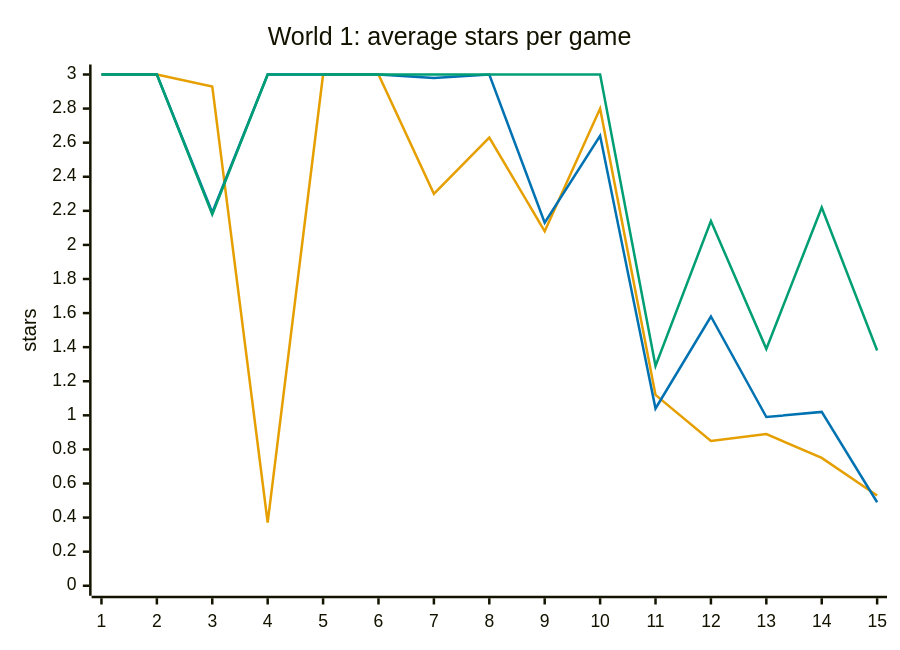
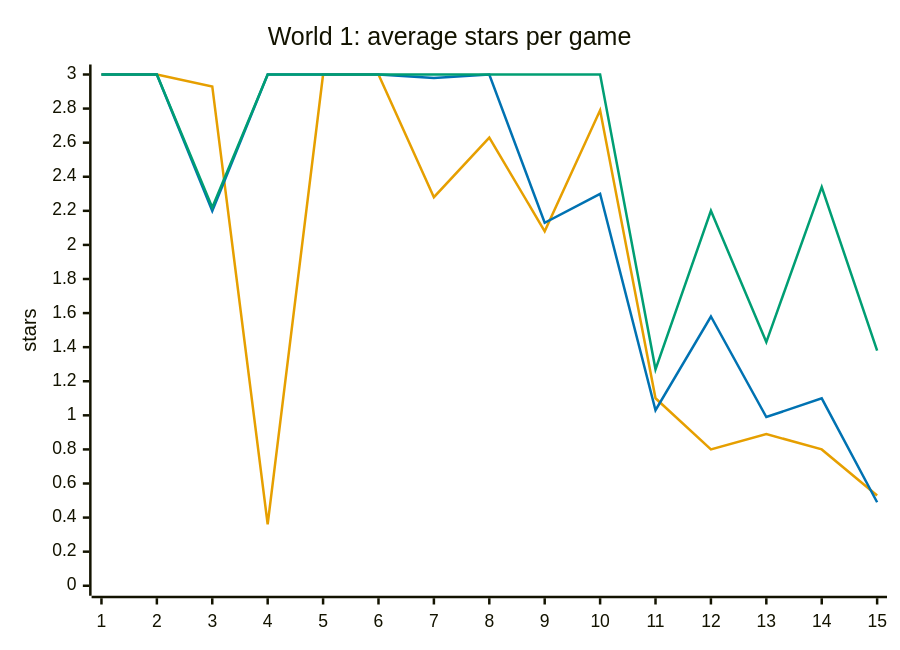
Before and after one commit to Pavelya/dots: the second of 8 diagrams in docs/design/difficulty.md, drawn with Mermaid. The commit also changed other lines of this file and 10 other files, not shown here.

````diff
--- a/docs/design/difficulty.md
+++ b/docs/design/difficulty.md
@@ -172,10 +184,10 @@
 ```mermaid
 %%{init: {"themeVariables": {"xyChart": {"plotColorPalette": "#E69F00, #0072B2, #009E73, #999999"}}}}%%
 xychart-beta
     title "World 1: average stars per game"
     x-axis ["1", "2", "3", "4", "5", "6", "7", "8", "9", "10", "11", "12", "13", "14", "15"]
     y-axis "stars" 0 --> 3
-    line [3.00, 3.00, 2.93, 0.37, 3.00, 3.00, 2.30, 2.63, 2.08, 2.80, 1.12, 0.85, 0.89, 0.75, 0.53]
-    line [3.00, 3.00, 2.19, 3.00, 3.00, 3.00, 2.98, 3.00, 2.13, 2.64, 1.04, 1.58, 0.99, 1.02, 0.49]
-    line [3.00, 3.00, 2.18, 3.00, 3.00, 3.00, 3.00, 3.00, 3.00, 3.00, 1.29, 2.14, 1.39, 2.22, 1.38]
+    line [3.00, 3.00, 2.93, 0.36, 3.00, 3.00, 2.28, 2.63, 2.08, 2.79, 1.10, 0.80, 0.89, 0.80, 0.53]
+    line [3.00, 3.00, 2.20, 3.00, 3.00, 3.00, 2.98, 3.00, 2.13, 2.30, 1.03, 1.58, 0.99, 1.10, 0.49]
+    line [3.00, 3.00, 2.22, 3.00, 3.00, 3.00, 3.00, 3.00, 3.00, 3.00, 1.27, 2.20, 1.43, 2.34, 1.38]
 ```
````
